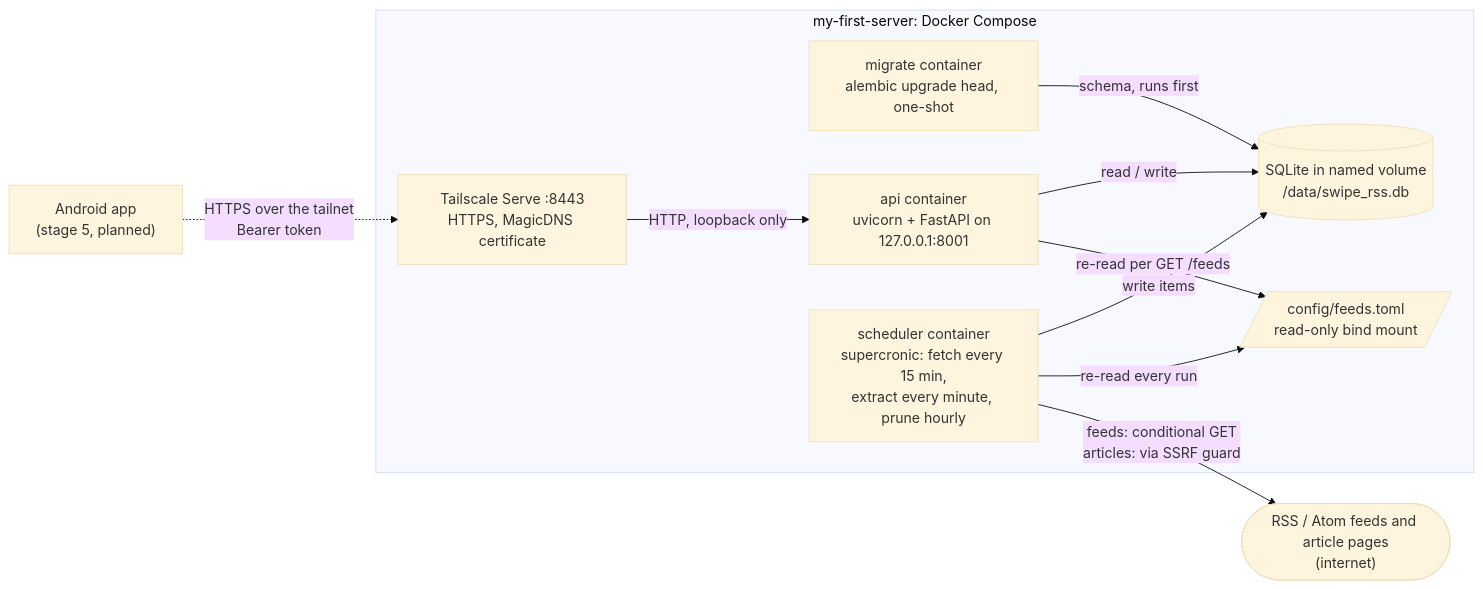
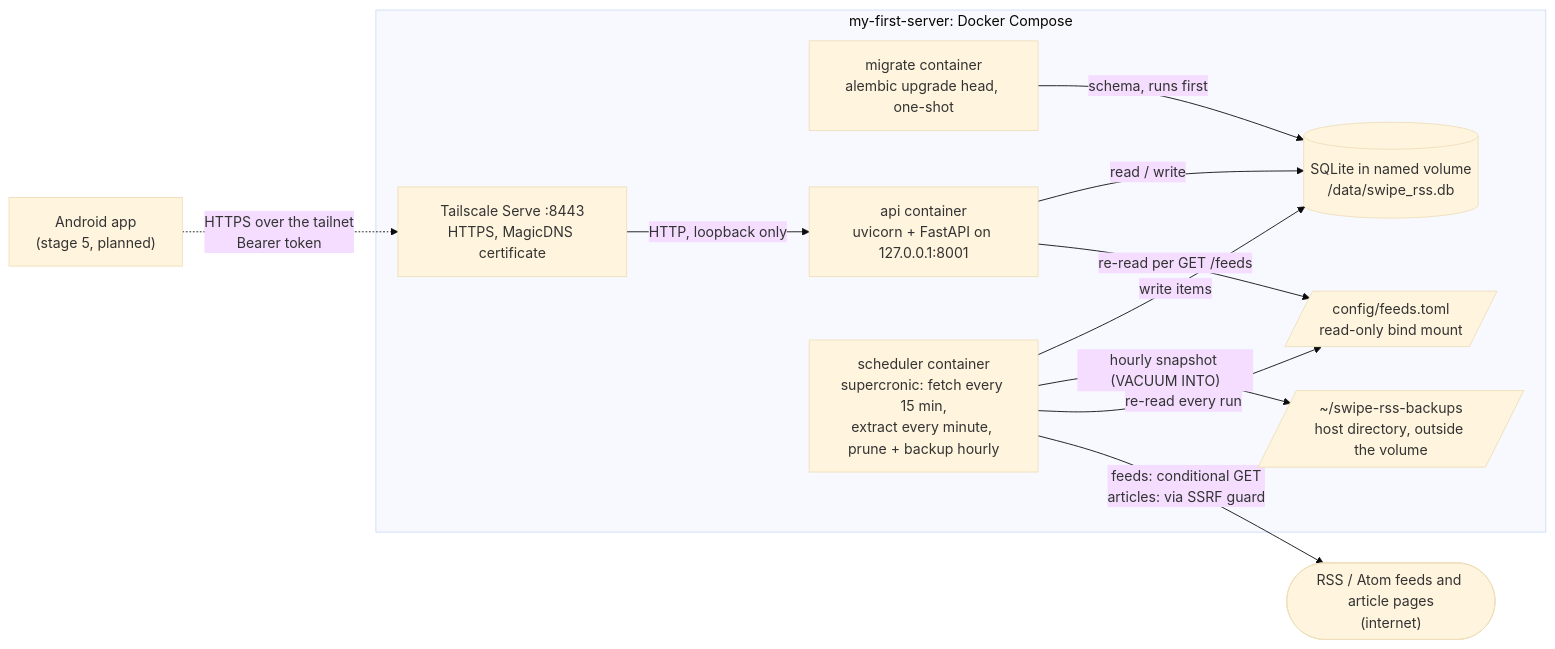
Before and after one commit to shanirub/swipe-rss-reader: the first of 18 diagrams in docs/architecture.md, drawn with Mermaid (base theme). The commit also changed other lines of this file and 15 other files, not shown here.

First line of the commit message:
Add hourly on-server backups (stage 4, layer 1)

````diff
--- a/docs/architecture.md
+++ b/docs/architecture.md
@@ -27,23 +27,25 @@
 ```mermaid
 flowchart LR
     feeds(["RSS / Atom feeds and article pages<br/>(internet)"])
     app["Android app<br/>(stage 5, planned)"]
 
     subgraph server["my-first-server: Docker Compose"]
         migrate["migrate container<br/>alembic upgrade head, one-shot"]
         serve["Tailscale Serve :8443<br/>HTTPS, MagicDNS certificate"]
         api["api container<br/>uvicorn + FastAPI on 127.0.0.1:8001"]
         db[("SQLite in named volume<br/>/data/swipe_rss.db")]
-        sched["scheduler container<br/>supercronic: fetch every 15 min,<br/>extract every minute, prune hourly"]
+        sched["scheduler container<br/>supercronic: fetch every 15 min,<br/>extract every minute, prune + backup hourly"]
+        bak[/"~/swipe-rss-backups<br/>host directory, outside the volume"/]
         cfg[/"config/feeds.toml<br/>read-only bind mount"/]
     end
 
     migrate -- "schema, runs first" --> db
     app -. "HTTPS over the tailnet<br/>Bearer token" .-> serve
     serve -- "HTTP, loopback only" --> api
     api -- "read / write" --> db
     sched -- "write items" --> db
+    sched -- "hourly snapshot (VACUUM INTO)" --> bak
     sched -- "re-read every run" --> cfg
     api -- "re-read per GET /feeds" --> cfg
     sched -- "feeds: conditional GET<br/>articles: via SSRF guard" --> feeds
 ```
````
